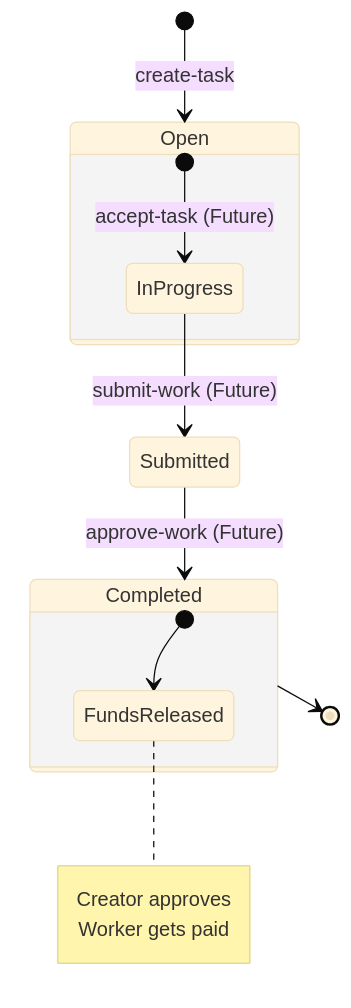
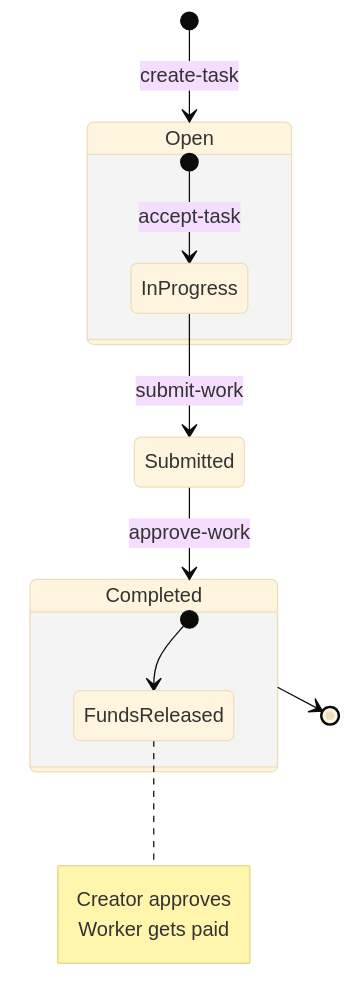
The second of 2 diagrams in README.md (shaaibu7/BitTask), drawn with Mermaid (base theme) before and after one commit. The commit also changed other lines of this file, not shown here.

````diff
--- a/README.md
+++ b/README.md
@@ -39,21 +39,21 @@
 ```mermaid
 stateDiagram-v2
     [*] --> Open: create-task
     
     state Open {
-        [*] --> InProgress: accept-task (Future)
+        [*] --> InProgress: accept-task
     }
     
-    InProgress --> Submitted: submit-work (Future)
-    Submitted --> Completed: approve-work (Future)
+    InProgress --> Submitted: submit-work
+    Submitted --> Completed: approve-work
     
     state Completed {
         [*] --> FundsReleased
         note right of FundsReleased
           Creator approves
           Worker gets paid
         end note
     }
     
     Completed --> [*]
 ```
````
